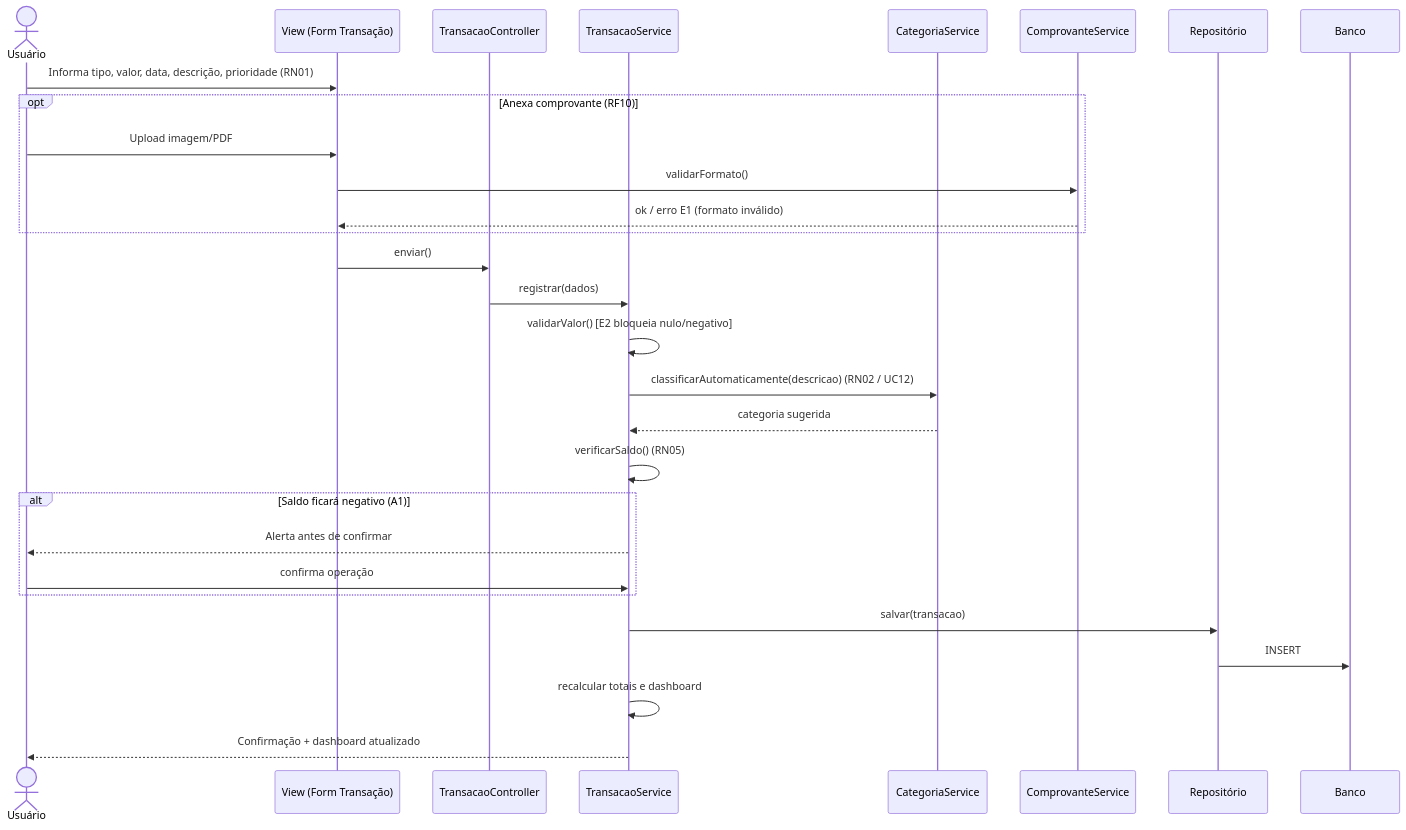
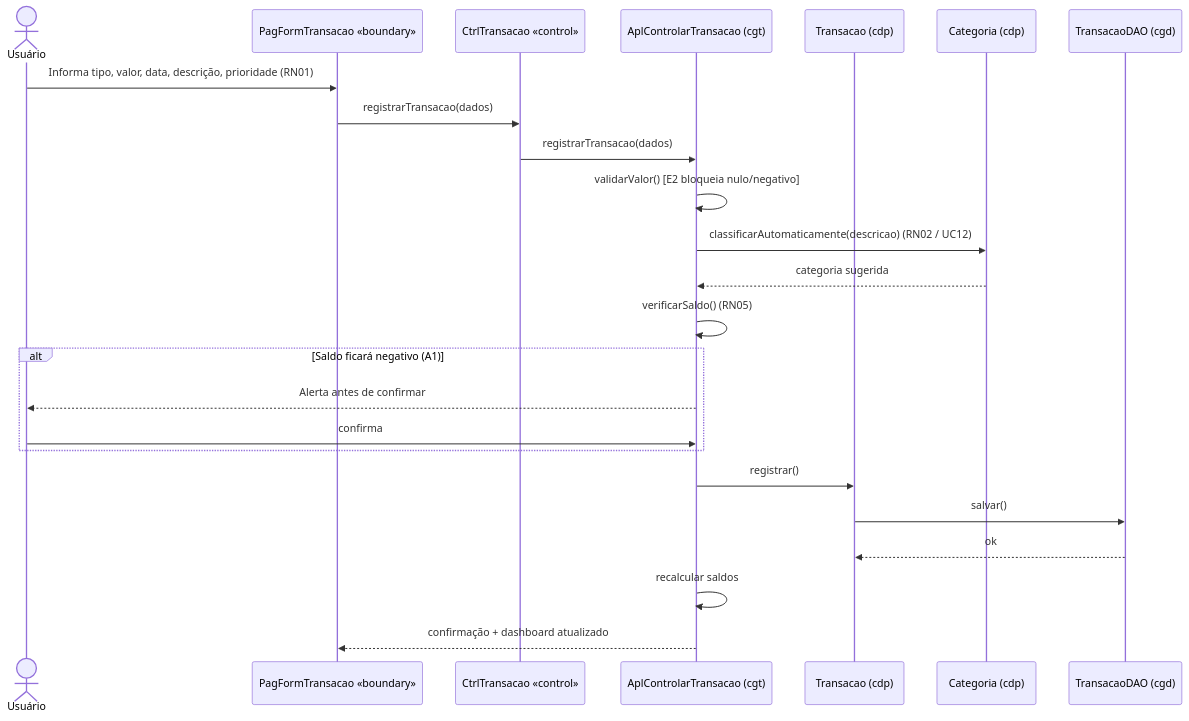
Before and after one commit to heitoliv/BalanceSys: the second of 3 diagrams in docs/Projeto/4_Arquitetura_Software.md, drawn with Mermaid. The commit also changed other lines of this file, not shown here.

````diff
--- a/docs/Projeto/4_Arquitetura_Software.md
+++ b/docs/Projeto/4_Arquitetura_Software.md
@@ -140,32 +120,27 @@
 ```mermaid
 sequenceDiagram
     actor U as Usuário
-    participant V as View (Form Transação)
-    participant C as TransacaoController
-    participant TS as TransacaoService
-    participant CS as CategoriaService
-    participant CO as ComprovanteService
-    participant R as Repositório
-    participant DB as Banco
+    participant V as PagFormTransacao «boundary»
+    participant C as CtrlTransacao «control»
+    participant A as AplControlarTransacao (cgt)
+    participant T as Transacao (cdp)
+    participant Cat as Categoria (cdp)
+    participant D as TransacaoDAO (cgd)
 
     U->>V: Informa tipo, valor, data, descrição, prioridade (RN01)
-    opt Anexa comprovante (RF10)
-        U->>V: Upload imagem/PDF
-        V->>CO: validarFormato()
-        CO-->>V: ok / erro E1 (formato inválido)
+    V->>C: registrarTransacao(dados)
+    C->>A: registrarTransacao(dados)
+    A->>A: validarValor() [E2 bloqueia nulo/negativo]
+    A->>Cat: classificarAutomaticamente(descricao) (RN02 / UC12)
+    Cat-->>A: categoria sugerida
+    A->>A: verificarSaldo() (RN05)
+    alt Saldo ficará negativo (A1)
+        A-->>U: Alerta antes de confirmar
+        U->>A: confirma
     end
-    V->>C: enviar()
-    C->>TS: registrar(dados)
-    TS->>TS: validarValor() [E2 bloqueia nulo/negativo]
-    TS->>CS: classificarAutomaticamente(descricao) (RN02 / UC12)
-    CS-->>TS: categoria sugerida
-    TS->>TS: verificarSaldo() (RN05)
-    alt Saldo ficará negativo (A1)
-        TS-->>U: Alerta antes de confirmar
-        U->>TS: confirma operação
-    end
-    TS->>R: salvar(transacao)
-    R->>DB: INSERT
-    TS->>TS: recalcular totais e dashboard
-    TS-->>U: Confirmação + dashboard atualizado
+    A->>T: registrar()
+    T->>D: salvar()
+    D-->>T: ok
+    A->>A: recalcular saldos
+    A-->>V: confirmação + dashboard atualizado
 ```
````
